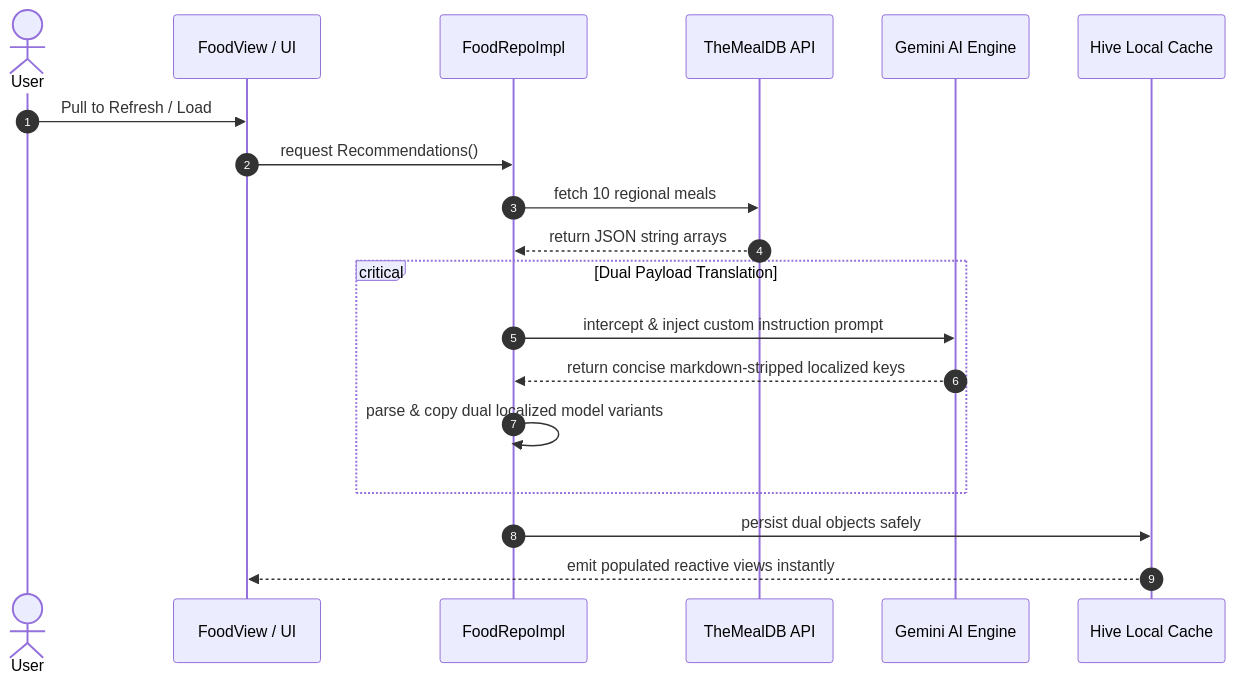
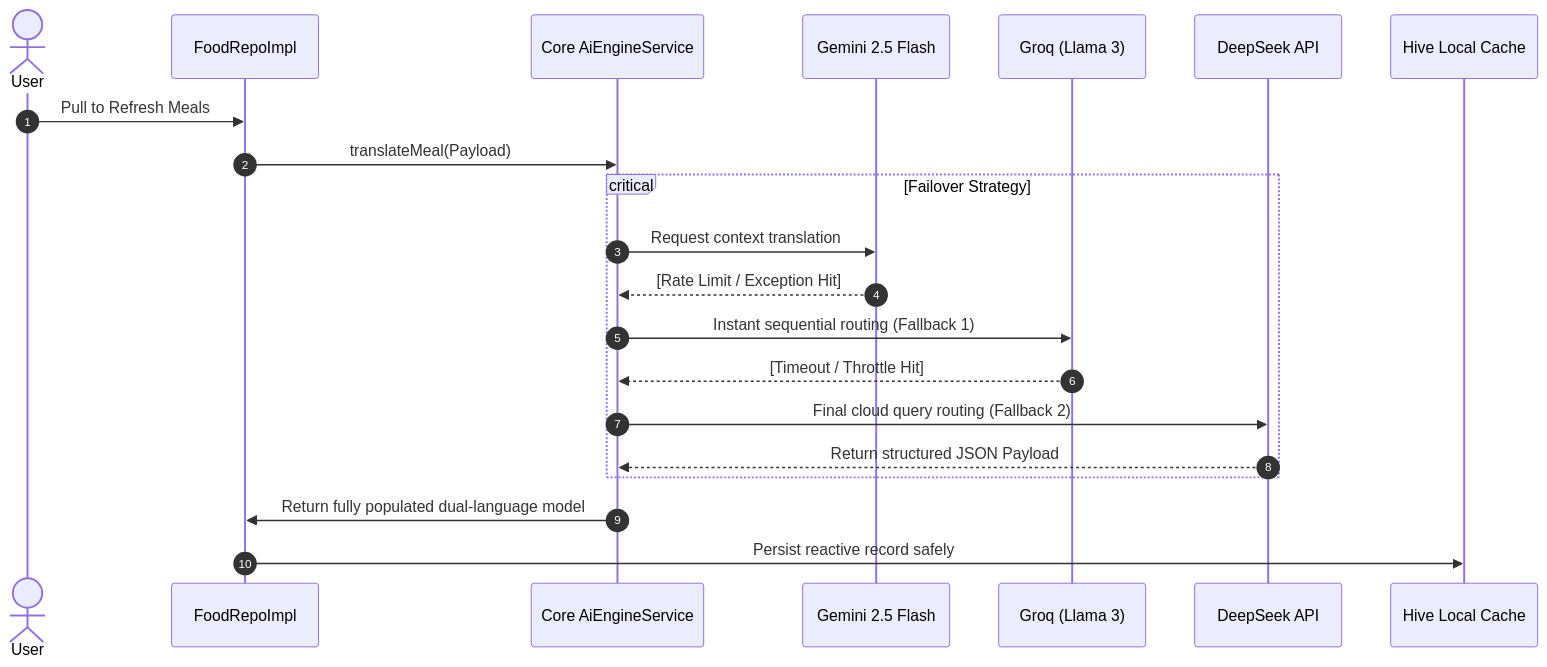
Before and after one commit to AbdelmenamAdel/Diamate: the diagram in README.md, drawn with Mermaid. The commit also changed other lines of this file and 6 other files, not shown here.

Commit message:
feat(ai): integrate robust AiEngineService, dynamic runtime cache localization, and multi-provider failover matrices

````diff
--- a/README.md
+++ b/README.md
@@ -60,24 +63,28 @@
 ```mermaid
 sequenceDiagram
     autonumber
     actor User
-    participant View as FoodView / UI
     participant Repo as FoodRepoImpl
-    participant API as TheMealDB API
-    participant AI as Gemini AI Engine
+    participant Engine as Core AiEngineService
+    participant Gemini as Gemini 2.5 Flash
+    participant Groq as Groq (Llama 3)
+    participant DeepSeek as DeepSeek API
     participant Cache as Hive Local Cache
 
-    User->>View: Pull to Refresh / Load
-    View->>Repo: request Recommendations()
-    Repo->>API: fetch 10 regional meals
-    API-->>Repo: return JSON string arrays
+    User->>Repo: Pull to Refresh Meals
+    Repo->>Engine: translateMeal(Payload)
     
-    critical Dual Payload Translation
-        Repo->>AI: intercept & inject custom instruction prompt
-        AI-->>Repo: return concise markdown-stripped localized keys
-        Repo->>Repo: parse & copy dual localized model variants
+    critical Failover Strategy
+        Engine->>Gemini: Request context translation
+        Gemini-->>Engine: [Rate Limit / Exception Hit]
+        
+        Engine->>Groq: Instant sequential routing (Fallback 1)
+        Groq-->>Engine: [Timeout / Throttle Hit]
+        
+        Engine->>DeepSeek: Final cloud query routing (Fallback 2)
+        DeepSeek-->>Engine: Return structured JSON Payload
     end
     
-    Repo->>Cache: persist dual objects safely
-    Cache-->>View: emit populated reactive views instantly
+    Engine->>Repo: Return fully populated dual-language model
+    Repo->>Cache: Persist reactive record safely
 ```
````
